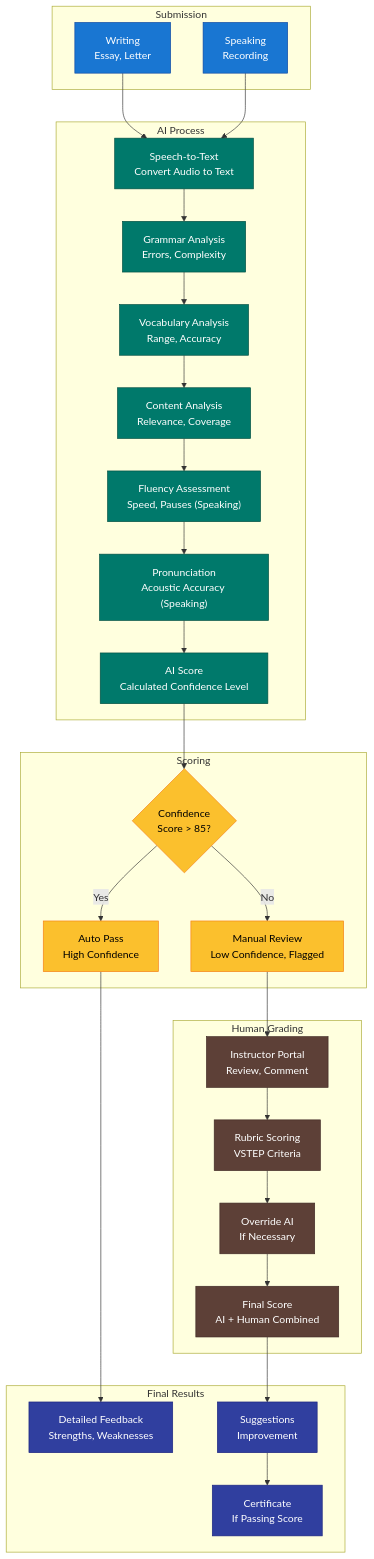
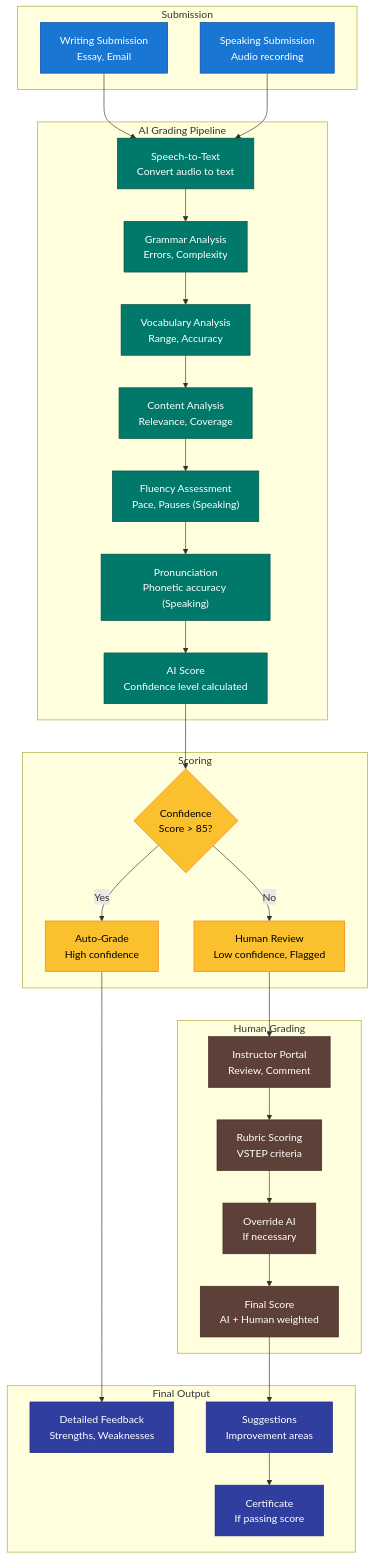
Before and after one commit to nghyane/VSTEP: the sixth of 8 diagrams in docs/capstone/diagrams/flow-diagrams.vi.md, drawn with Mermaid. The commit also changed other lines of this file, not shown here.

First line of the commit message:
docs: fix Vietnamese flow diagrams to proper Vietnamese language

````diff
--- a/docs/capstone/diagrams/flow-diagrams.vi.md
+++ b/docs/capstone/diagrams/flow-diagrams.vi.md
@@ -338,67 +338,67 @@
 ```mermaid
 flowchart TB
     subgraph Submission ["Submission"]
-        WritingSubmit["Writing<br/>Essay, Letter"]
-        SpeakingSubmit["Speaking<br/>Recording"]
+        WritingSubmit["Writing Submission<br/>Essay, Email"]
+        SpeakingSubmit["Speaking Submission<br/>Audio recording"]
     end
 
-    subgraph AI ["AI Process"]
-        Transcribe["Speech-to-Text<br/>Convert Audio to Text"]
+    subgraph AI ["AI Grading Pipeline"]
+        Transcribe["Speech-to-Text<br/>Convert audio to text"]
         Grammar["Grammar Analysis<br/>Errors, Complexity"]
         Vocab["Vocabulary Analysis<br/>Range, Accuracy"]
         Content["Content Analysis<br/>Relevance, Coverage"]
-        Fluency["Fluency Assessment<br/>Speed, Pauses (Speaking)"]
-        Pronunciation["Pronunciation<br/>Acoustic Accuracy (Speaking)"]
-        ScoreAI["AI Score<br/>Calculated Confidence Level"]
+        Fluency["Fluency Assessment<br/>Pace, Pauses (Speaking)"]
+        Pronunciation["Pronunciation<br/>Phonetic accuracy (Speaking)"]
+        ScoreAI["AI Score<br/>Confidence level calculated"]
     end
 
     subgraph Scoring ["Scoring"]
         Confidence{"Confidence<br/>Score > 85?"}
-        AutoPass["Auto Pass<br/>High Confidence"]
-        HumanReview["Manual Review<br/>Low Confidence, Flagged"]
+        AutoPass["Auto-Grade<br/>High confidence"]
+        HumanReview["Human Review<br/>Low confidence, Flagged"]
     end
 
     subgraph Human ["Human Grading"]
         Instructor["Instructor Portal<br/>Review, Comment"]
-        Rubric["Rubric Scoring<br/>VSTEP Criteria"]
-        Override["Override AI<br/>If Necessary"]
-        ScoreFinal["Final Score<br/>AI + Human Combined"]
+        Rubric["Rubric Scoring<br/>VSTEP criteria"]
+        Override["Override AI<br/>If necessary"]
+        ScoreFinal["Final Score<br/>AI + Human weighted"]
     end
 
-    subgraph Final ["Final Results"]
+    subgraph Final ["Final Output"]
         Feedback["Detailed Feedback<br/>Strengths, Weaknesses"]
-        Suggestion["Suggestions<br/>Improvement"]
-        Certificate["Certificate<br/>If Passing Score"]
+        Suggestion["Suggestions<br/>Improvement areas"]
+        Certificate["Certificate<br/>If passing score"]
     end
 
     WritingSubmit --> Transcribe
     SpeakingSubmit --> Transcribe
     Transcribe --> Grammar
     Grammar --> Vocab
     Vocab --> Content
     Content --> Fluency
     Fluency --> Pronunciation
     Pronunciation --> ScoreAI
     ScoreAI --> Confidence
     Confidence -->|Yes| AutoPass
     Confidence -->|No| HumanReview
     AutoPass --> Feedback
     HumanReview --> Instructor
     Instructor --> Rubric
     Rubric --> Override
     Override --> ScoreFinal
     ScoreFinal --> Suggestion
     Suggestion --> Certificate
 
     classDef submission fill:#1976d2,stroke:#0d47a1,color:#fff
     classDef ai fill:#00796b,stroke:#004d40,color:#fff
     classDef scoring fill:#fbc02d,stroke:#f57f17,color:#000
     classDef human fill:#5d4037,stroke:#3e2723,color:#fff
     classDef final fill:#303f9f,stroke:#1a237e,color:#fff
 
     class WritingSubmit,SpeakingSubmit submission
     class Transcribe,Grammar,Vocab,Content,Fluency,Pronunciation,ScoreAI ai
     class Confidence,AutoPass,HumanReview scoring
     class Instructor,Rubric,Override,ScoreFinal human
     class Feedback,Suggestion,Certificate final
 ```
````
